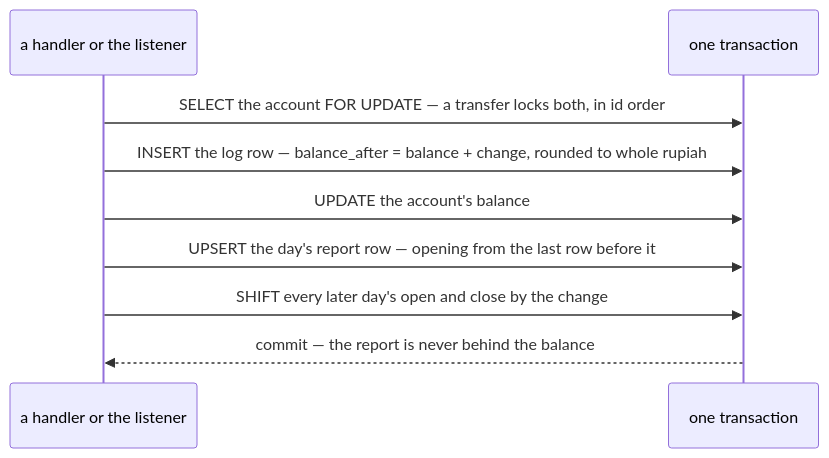
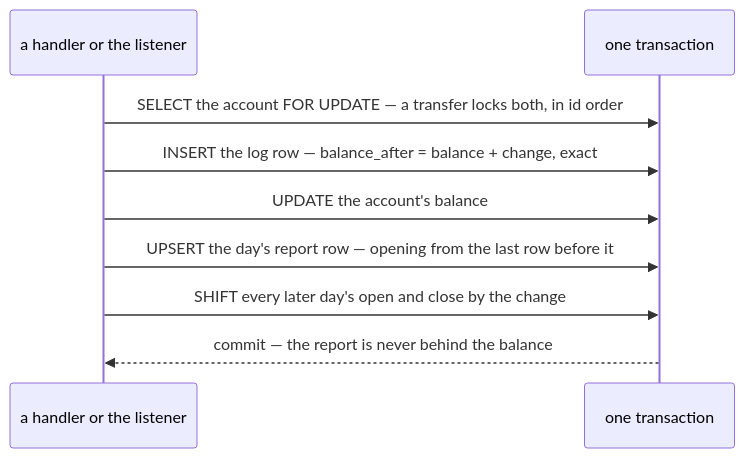
The third of 9 diagrams in docs/services/financial_account_service/rpc.md (pdcgo/warehouse_revamp), drawn with Mermaid before and after one commit. The commit also changed other lines of this file and 445 other files, not shown here.

````diff
--- a/docs/services/financial_account_service/rpc.md
+++ b/docs/services/financial_account_service/rpc.md
@@ -107,11 +107,11 @@
 ```mermaid
 sequenceDiagram
     participant H as a handler or the listener
     participant DB as one transaction
     H->>DB: SELECT the account FOR UPDATE — a transfer locks both, in id order
-    H->>DB: INSERT the log row — balance_after = balance + change, rounded to whole rupiah
+    H->>DB: INSERT the log row — balance_after = balance + change, exact
     H->>DB: UPDATE the account's balance
     H->>DB: UPSERT the day's report row — opening from the last row before it
     H->>DB: SHIFT every later day's open and close by the change
     DB-->>H: commit — the report is never behind the balance
 ```
````
